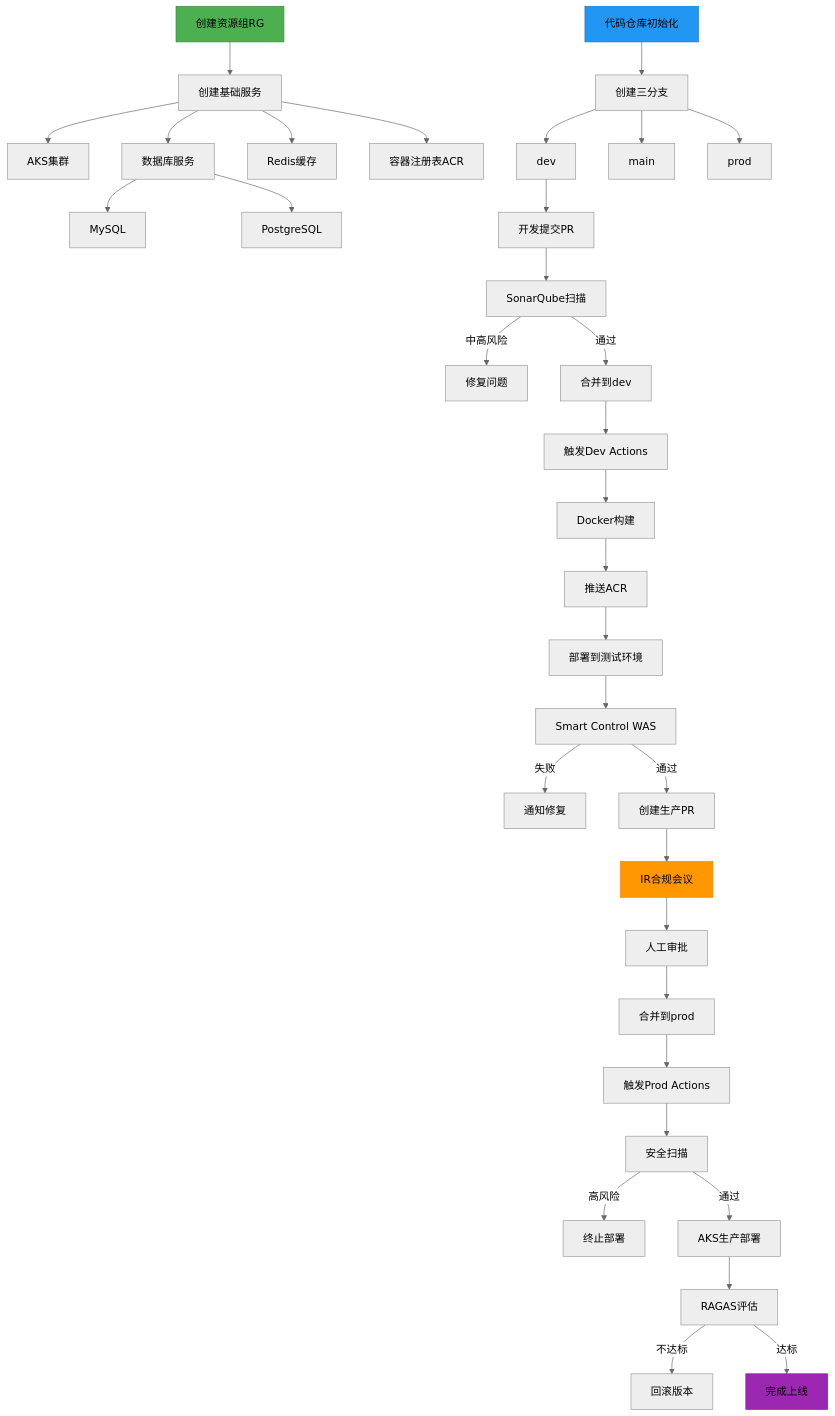
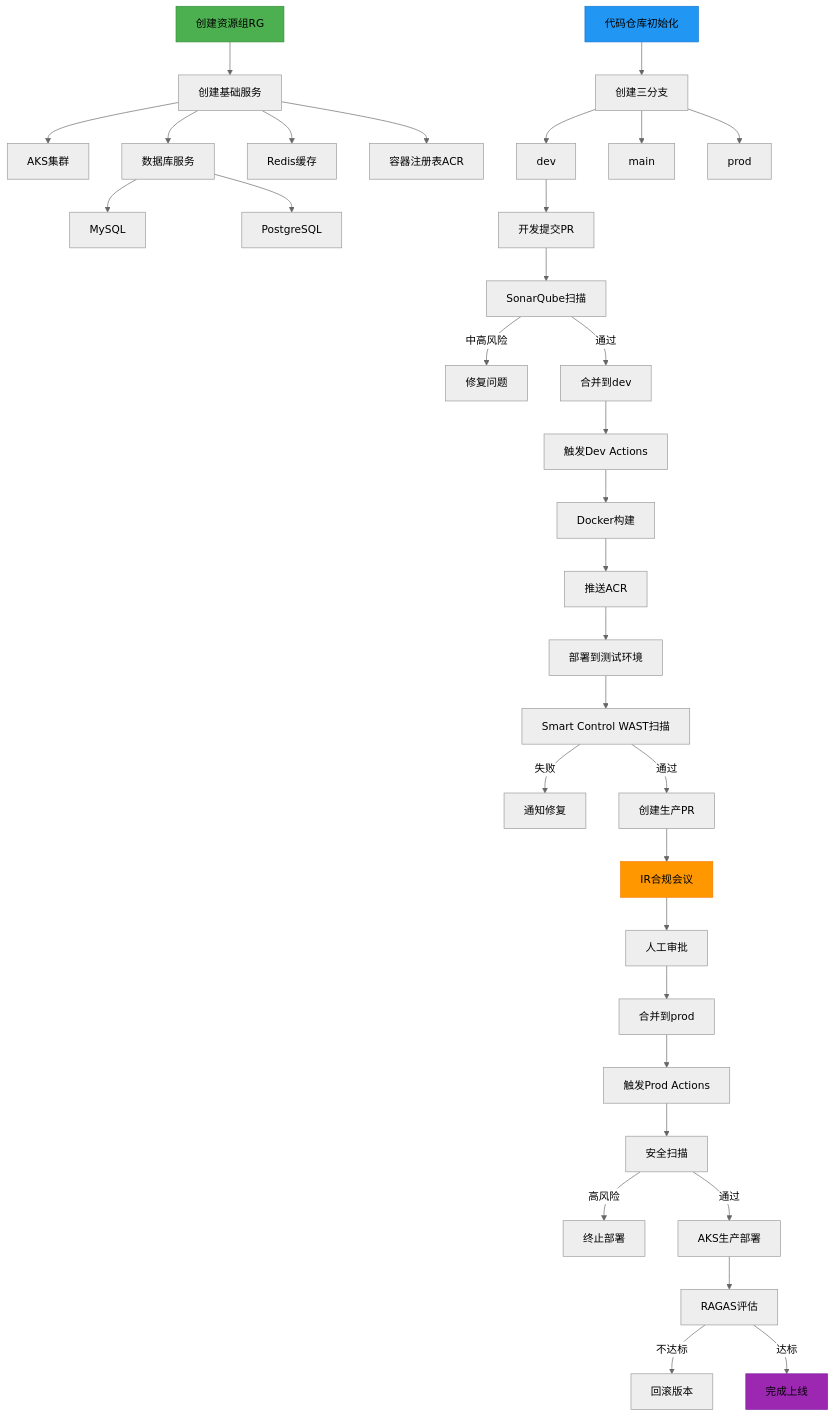
One commit to funnyData/iodraw-files changed the diagram in all/未命名-1.md. Above: the diagram before and after it, drawn with Mermaid (neutral theme).

Commit message:
2025-02-27 01:16:24 update

````diff
--- a/all/未命名-1.md
+++ b/all/未命名-1.md
@@ -1,47 +1,47 @@
 ```mermaid
 graph TD
     A[创建资源组RG] --> B[创建基础服务]
     B --> C[AKS集群]
     B --> D[数据库服务]
     D --> DA[MySQL]
     D --> DB[PostgreSQL]
     B --> E[Redis缓存]
     B --> F[容器注册表ACR]
     
     G[代码仓库初始化] --> H[创建三分支]
     H --> I[dev]
     H --> J[main]
     H --> K[prod]
     
     I --> L[开发提交PR]
     L --> M[SonarQube扫描]
     M -->|中高风险| N[修复问题]
     M -->|通过| O[合并到dev]
     
     O --> P[触发Dev Actions]
     P --> Q[Docker构建]
     Q --> R[推送ACR]
     R --> S[部署到测试环境]
     
-    S --> T[Smart Control WAS]
+    S --> T[Smart Control WAST扫描]
     T -->|失败| U[通知修复]
     T -->|通过| V[创建生产PR]
     
     V --> W[IR合规会议]
     W --> X[人工审批]
     X --> Y[合并到prod]
     
     Y --> Z[触发Prod Actions]
     Z --> AA[安全扫描]
     AA -->|高风险| AB[终止部署]
     AA -->|通过| AC[AKS生产部署]
     
     AC --> AD[RAGAS评估]
     AD -->|不达标| AE[回滚版本]
     AD -->|达标| AF[完成上线]
     
     style A fill:#4CAF50,stroke:#388E3C
     style G fill:#2196F3,stroke:#1976D2
     style W fill:#FF9800,stroke:#F57C00
     style AF fill:#9C27B0,stroke:#7B1FA2
 ```
````
